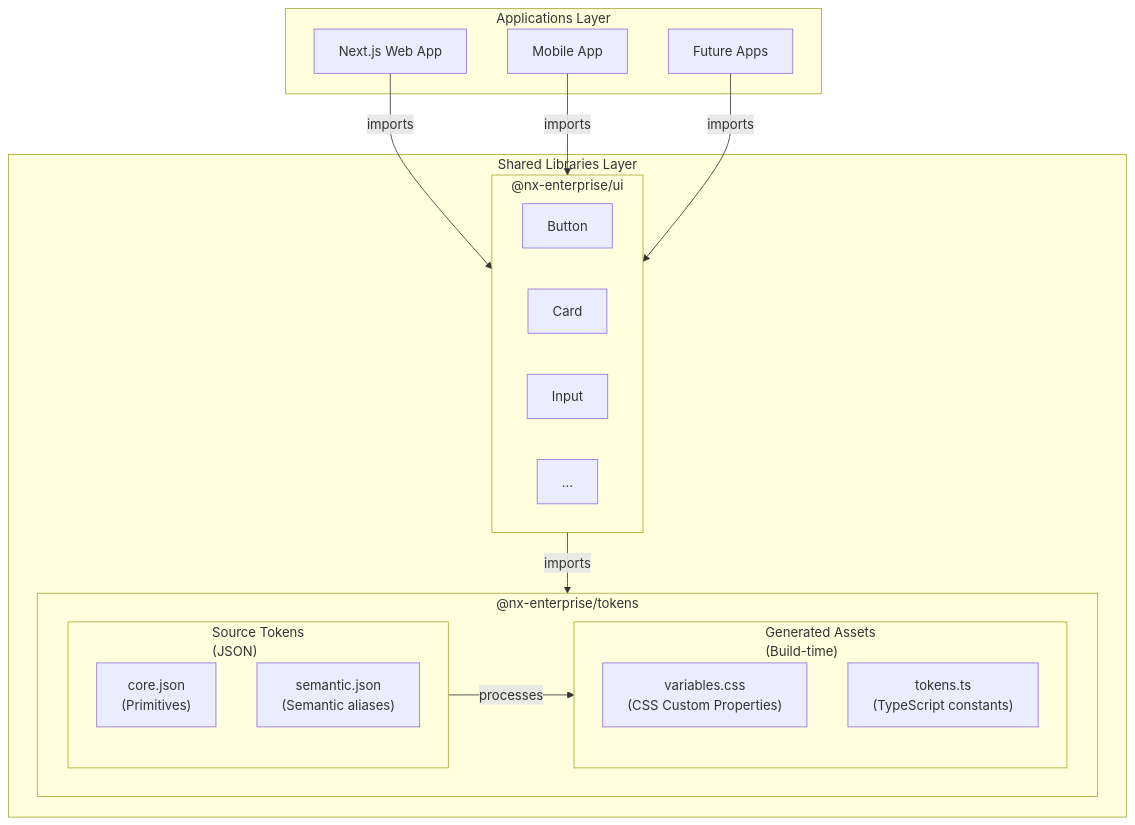
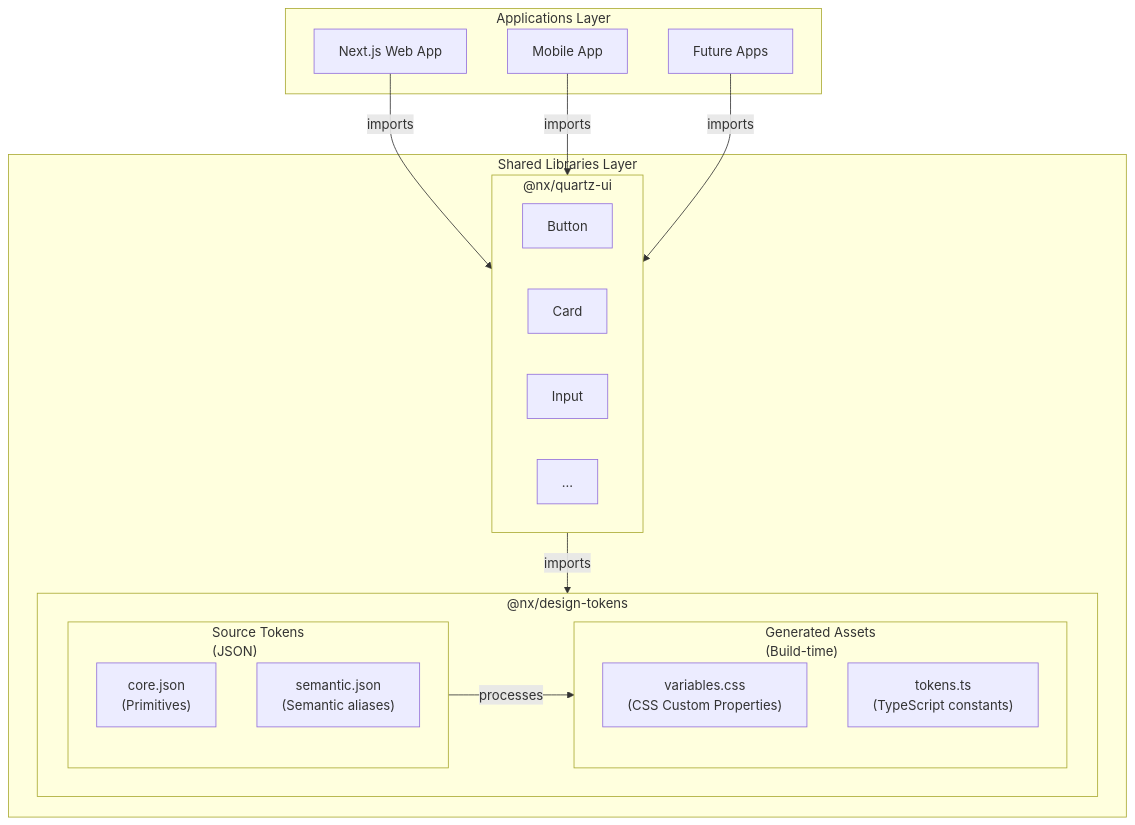
One commit to thatguycodes/quartz-xp changed the second of 4 diagrams in docs/ARCHITECTURE.md. Above: the diagram before and after it, drawn with Mermaid. The commit also changed other lines of this file and 9 other files, not shown here.

````diff
--- a/docs/ARCHITECTURE.md
+++ b/docs/ARCHITECTURE.md
@@ -146,37 +146,37 @@
 ```mermaid
 graph TD
     subgraph apps["Applications Layer"]
         web["Next.js Web App"]
         mobile["Mobile App"]
         future["Future Apps"]
     end
     
     subgraph shared["Shared Libraries Layer"]
-        subgraph ui["@nx-enterprise/ui"]
+        subgraph ui["@nx/quartz-ui"]
             button["Button"]
             card["Card"]
             input["Input"]
             more["..."]
         end
         
-        subgraph tokens["@nx-enterprise/tokens"]
+        subgraph tokens["@nx/design-tokens"]
             subgraph generated["Generated Assets<br/>(Build-time)"]
                 css["variables.css<br/>(CSS Custom Properties)"]
                 ts["tokens.ts<br/>(TypeScript constants)"]
             end
             
             subgraph source["Source Tokens<br/>(JSON)"]
                 core["core.json<br/>(Primitives)"]
                 semantic["semantic.json<br/>(Semantic aliases)"]
             end
             
             source -->|processes| generated
         end
     end
     
     web -->|imports| ui
     mobile -->|imports| ui
     future -->|imports| ui
     
     ui -->|imports| tokens
 ```
````
